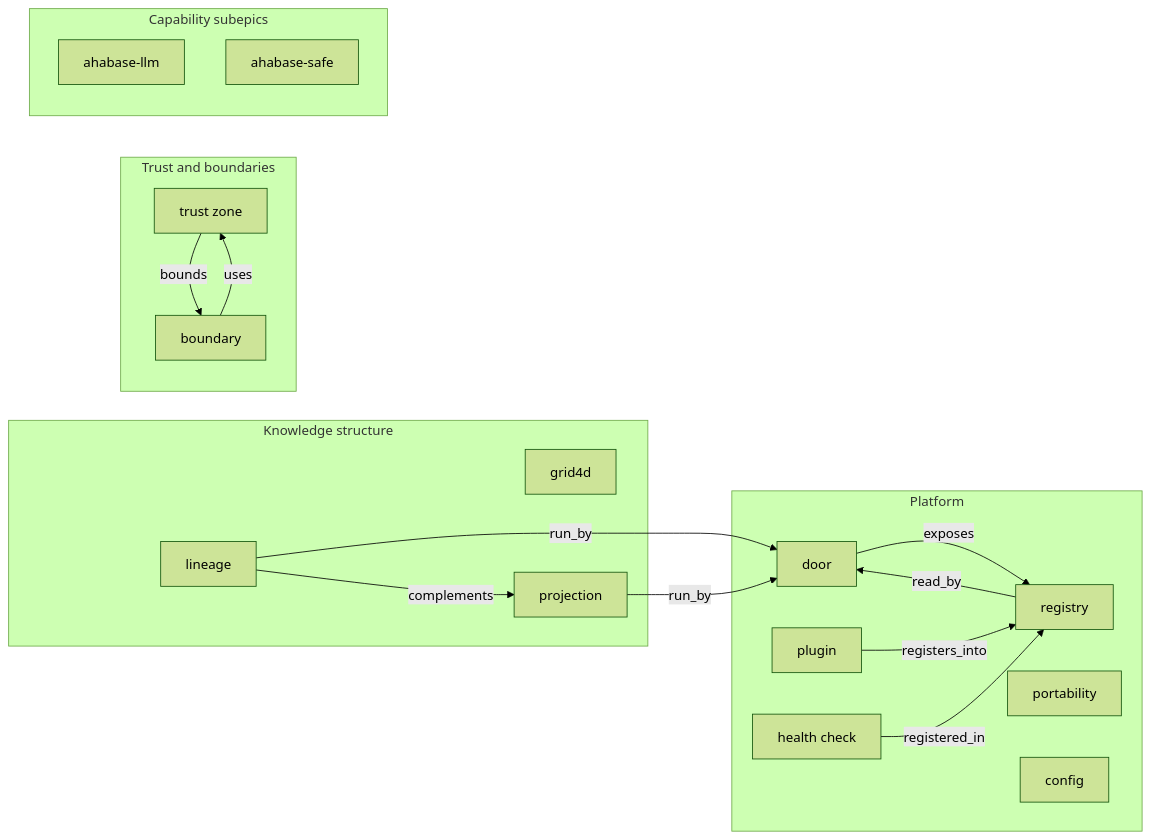
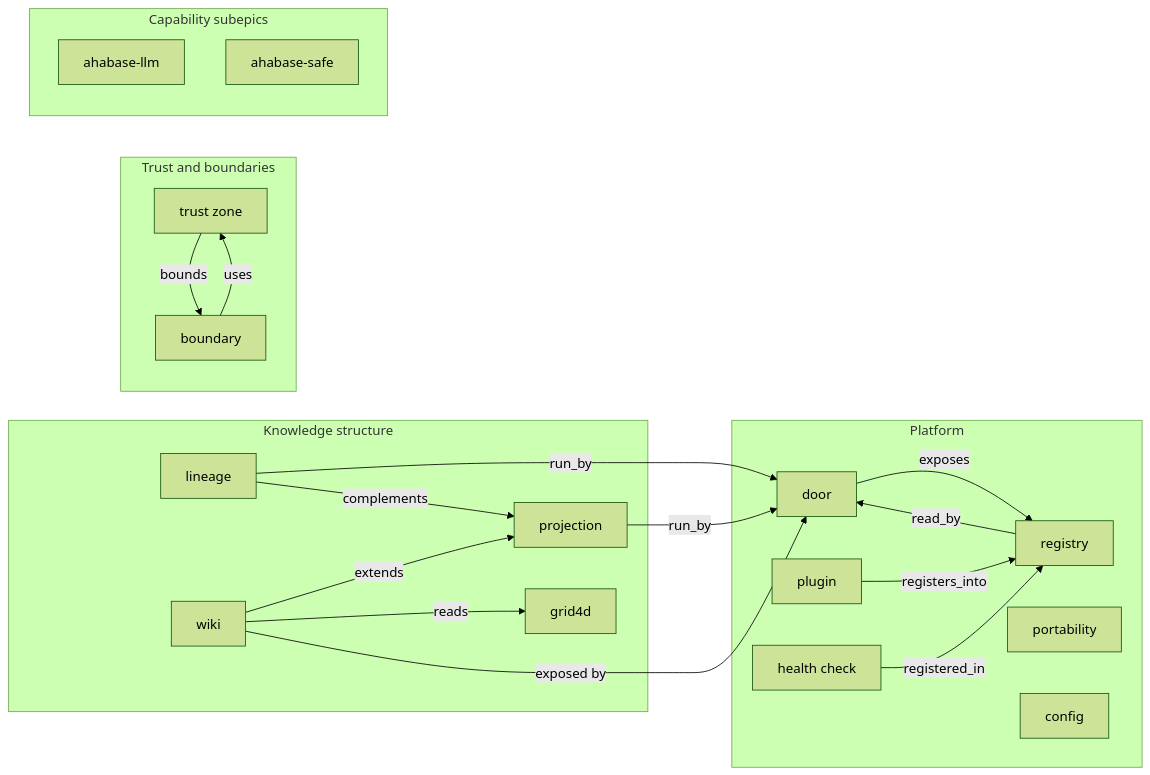
One commit to ahabase/ahabase changed the diagram in _grid4d/ontology/00-ahabase-ontology-index.md. Above: the diagram before and after it, drawn with Mermaid (forest theme). The commit also changed other lines of this file and 27 other files, not shown here.

First line of the commit message:
AHA-0036(feat): land the wiki door - sync, generate, check, clean, publish, status

````diff
--- a/_grid4d/ontology/00-ahabase-ontology-index.md
+++ b/_grid4d/ontology/00-ahabase-ontology-index.md
@@ -77,33 +78,37 @@
 ```mermaid
 flowchart LR
     subgraph F0[Knowledge structure]
         grid4d[grid4d]
         lineage[lineage]
         projection[projection]
+        wiki[wiki]
     end
     subgraph F1[Trust and boundaries]
         trust_zone[trust zone]
         boundary[boundary]
     end
     subgraph F2[Platform]
         door[door]
         registry[registry]
         plugin[plugin]
         health_check[health check]
         portability[portability]
         config[config]
     end
     subgraph F3[Capability subepics]
         ahabase_llm[ahabase-llm]
         ahabase_safe[ahabase-safe]
     end
     boundary -->|uses| trust_zone
     door -->|exposes| registry
     health_check -->|registered_in| registry
     lineage -->|run_by| door
     lineage -->|complements| projection
     plugin -->|registers_into| registry
     projection -->|run_by| door
     registry -->|read_by| door
     trust_zone -->|bounds| boundary
+    wiki -->|extends| projection
+    wiki -->|reads| grid4d
+    wiki -->|exposed by| door
 ```
````
